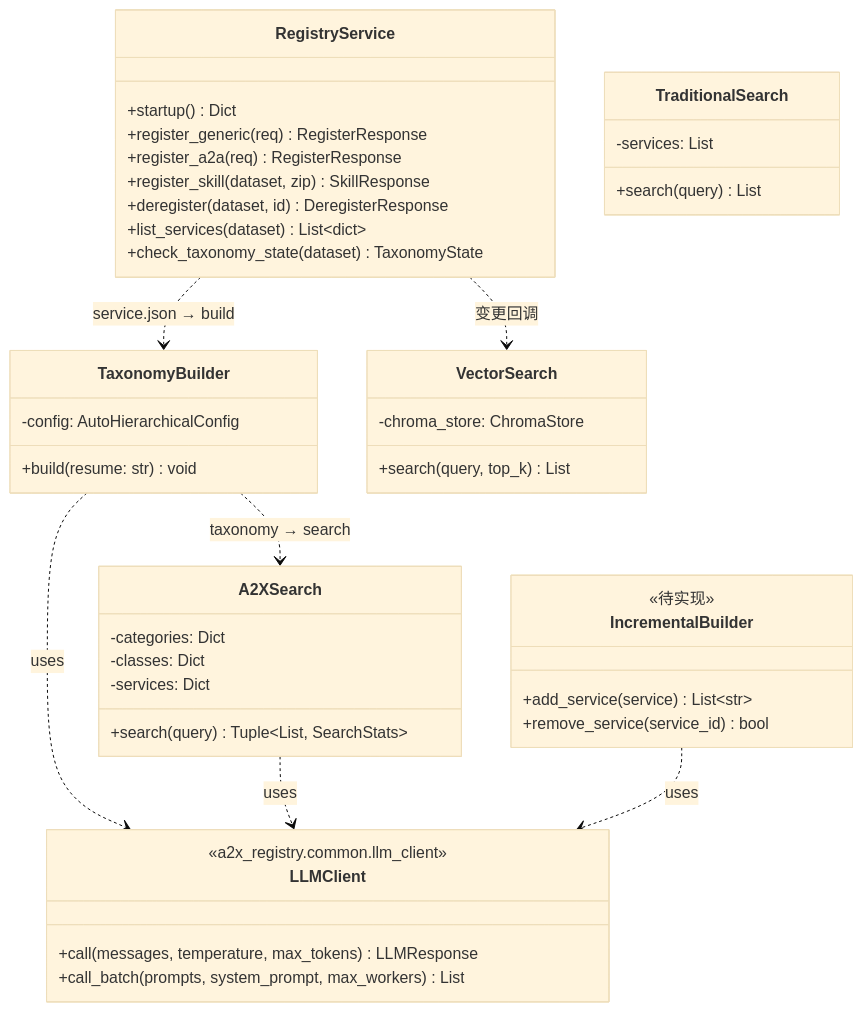
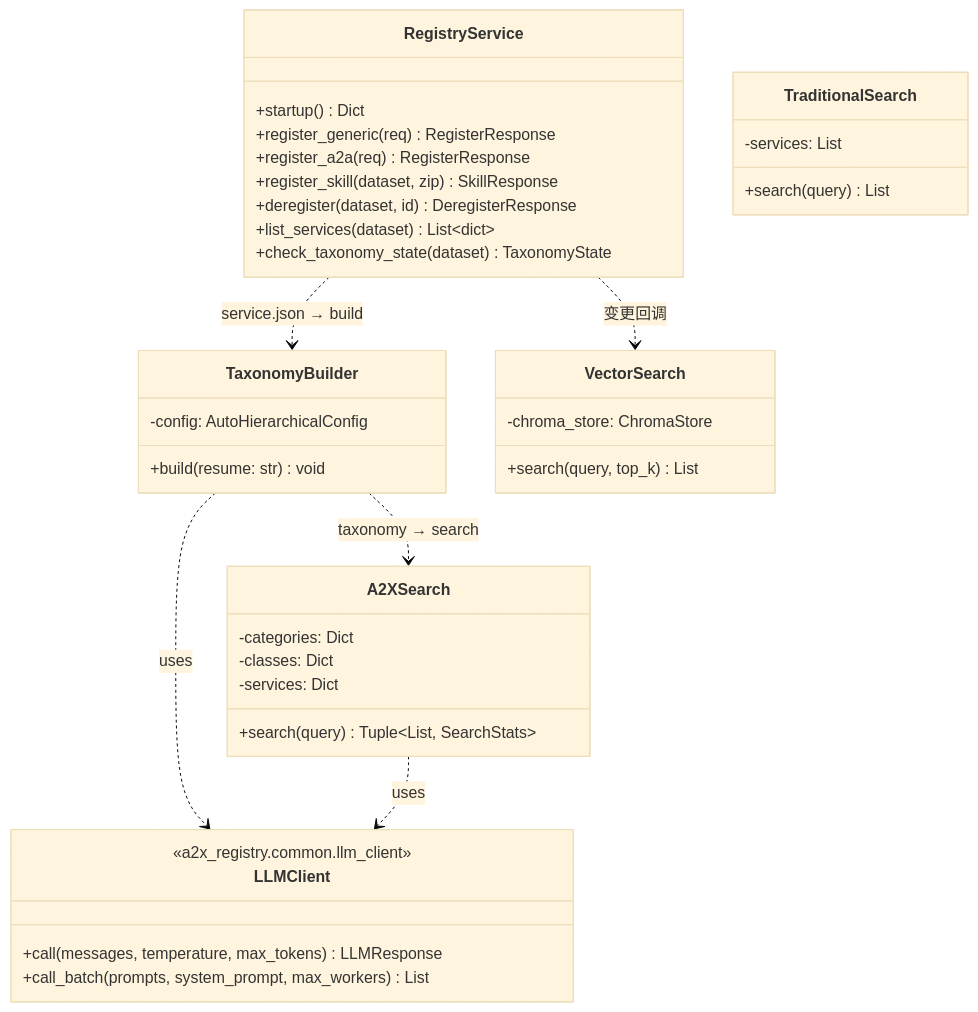
The fourth of 4 diagrams in AgentRegistry/docs/a2x_design.md (openJiuwen-ai/agent-protocol), drawn with Mermaid (base theme) before and after one commit. The commit also changed other lines of this file and 124 other files, not shown here.

````diff
--- a/AgentRegistry/docs/a2x_design.md
+++ b/AgentRegistry/docs/a2x_design.md
@@ -218,53 +211,46 @@
 ```mermaid
 classDiagram
     class RegistryService {
         +startup() Dict
         +register_generic(req) RegisterResponse
         +register_a2a(req) RegisterResponse
         +register_skill(dataset, zip) SkillResponse
         +deregister(dataset, id) DeregisterResponse
         +list_services(dataset) List~dict~
         +check_taxonomy_state(dataset) TaxonomyState
     }
 
     class TaxonomyBuilder {
         -config: AutoHierarchicalConfig
         +build(resume: str) void
     }
 
     class A2XSearch {
         -categories: Dict
         -classes: Dict
         -services: Dict
         +search(query) Tuple~List, SearchStats~
     }
 
     class VectorSearch {
         -chroma_store: ChromaStore
         +search(query, top_k) List
     }
 
     class TraditionalSearch {
         -services: List
         +search(query) List
     }
 
     class LLMClient {
         <<a2x_registry.common.llm_client>>
         +call(messages, temperature, max_tokens) LLMResponse
         +call_batch(prompts, system_prompt, max_workers) List
     }
 
-    class IncrementalBuilder {
-        <<待实现>>
-        +add_service(service) List~str~
-        +remove_service(service_id) bool
-    }
-
     RegistryService ..> TaxonomyBuilder : service.json → build
     TaxonomyBuilder ..> A2XSearch : taxonomy → search
     RegistryService ..> VectorSearch : 变更回调
     TaxonomyBuilder ..> LLMClient : uses
     A2XSearch ..> LLMClient : uses
-    IncrementalBuilder ..> LLMClient : uses
 ```
````
